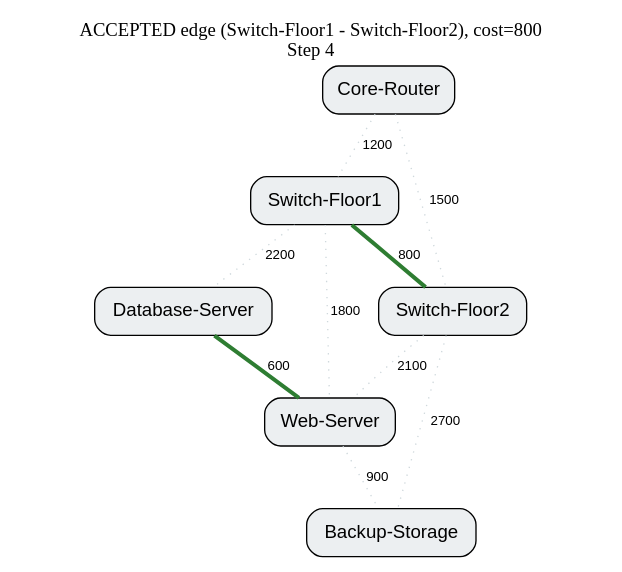
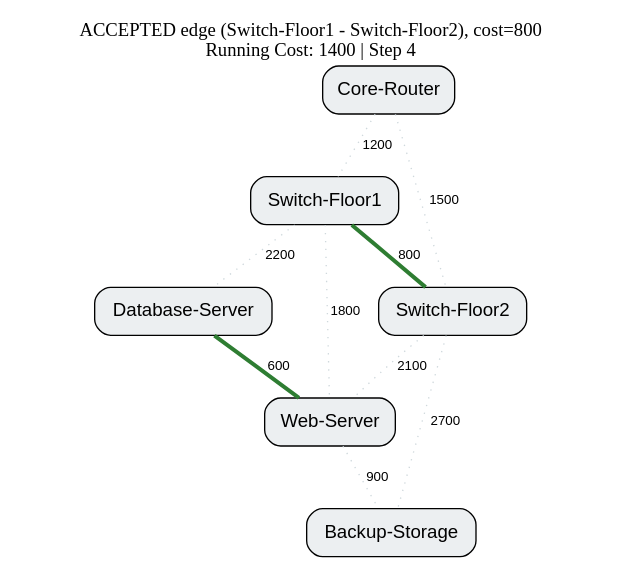
The diagram in docs/results/replay_frames/frame_004.dot (bariiqmalik/netopt), drawn with Graphviz before and after one commit. The commit also changed 64 other files, not shown here.

Commit message:
fix(replay): self-contained rendered HTML with graceful Graphviz fallback

```diff
--- a/docs/results/replay_frames/frame_004.dot
+++ b/docs/results/replay_frames/frame_004.dot
@@ -1,23 +1,23 @@
 graph Frame {
-  label="ACCEPTED edge (Switch-Floor1 - Switch-Floor2), cost=800\nStep 4";
+  label="ACCEPTED edge (Switch-Floor1 - Switch-Floor2), cost=800\nRunning Cost: 1400 | Step 4";
   labelloc="t";
   node [shape=box, style="filled,rounded", fillcolor="#ECEFF1", fontname="Helvetica"];
   edge [fontname="Helvetica", fontsize=10];
 
   1 [label="Core-Router"];
   2 [label="Switch-Floor1"];
   3 [label="Switch-Floor2"];
   4 [label="Database-Server"];
   5 [label="Web-Server"];
   6 [label="Backup-Storage"];
 
   1 -- 2 [label="1200", color="#CFD8DC", style="dotted"];
   1 -- 3 [label="1500", color="#CFD8DC", style="dotted"];
   2 -- 3 [label="800", color="#2E7D32", penwidth=3.0];
   2 -- 4 [label="2200", color="#CFD8DC", style="dotted"];
   2 -- 5 [label="1800", color="#CFD8DC", style="dotted"];
   3 -- 5 [label="2100", color="#CFD8DC", style="dotted"];
   3 -- 6 [label="2700", color="#CFD8DC", style="dotted"];
   4 -- 5 [label="600", color="#2E7D32", penwidth=3.0];
   5 -- 6 [label="900", color="#CFD8DC", style="dotted"];
 }
```
